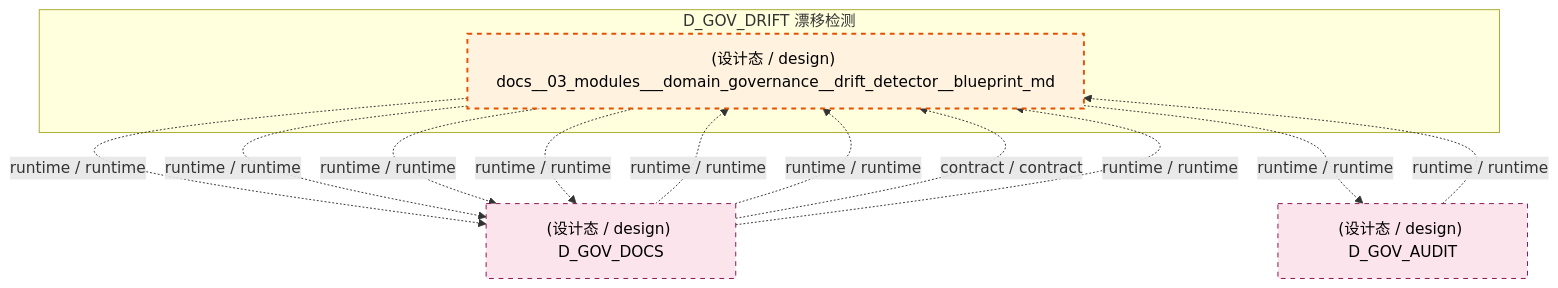
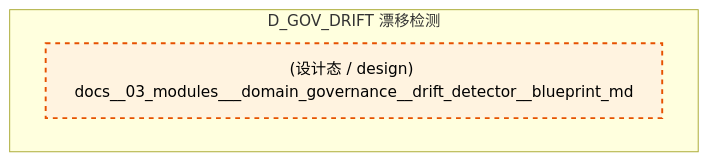
Before and after one commit to xuanFelixVan/ZephyrAlpha: the fifth of 6 diagrams in docs/02_enterprise_architecture/02_domain_architecture_docs/41_d_gov_drift.md, drawn with Mermaid. The commit also changed other lines of this file and 128 other files, not shown here.

````diff
--- a/docs/02_enterprise_architecture/02_domain_architecture_docs/41_d_gov_drift.md
+++ b/docs/02_enterprise_architecture/02_domain_architecture_docs/41_d_gov_drift.md
@@ -532,24 +543,11 @@
 ```mermaid
 graph TD
     subgraph D_GOV_DRIFT["D_GOV_DRIFT 漂移检测"]
         docs_03_modules_domain_governance_drift_detector_blueprint_md["(设计态 / design) docs__03_modules___domain_governance__drift_detector__blueprint_md"]
     end
-    D_GOV_DOCS["(设计态 / design) D_GOV_DOCS"]
-    docs_03_modules_domain_governance_drift_detector_blueprint_md -.->|runtime / runtime| D_GOV_DOCS
-    D_GOV_AUDIT["(设计态 / design) D_GOV_AUDIT"]
-    docs_03_modules_domain_governance_drift_detector_blueprint_md -.->|runtime / runtime| D_GOV_AUDIT
-    docs_03_modules_domain_governance_drift_detector_blueprint_md -.->|runtime / runtime| D_GOV_DOCS
-    docs_03_modules_domain_governance_drift_detector_blueprint_md -.->|runtime / runtime| D_GOV_DOCS
-    docs_03_modules_domain_governance_drift_detector_blueprint_md -.->|runtime / runtime| D_GOV_DOCS
-    D_GOV_AUDIT -.->|runtime / runtime| docs_03_modules_domain_governance_drift_detector_blueprint_md
-    D_GOV_DOCS -.->|runtime / runtime| docs_03_modules_domain_governance_drift_detector_blueprint_md
-    D_GOV_DOCS -.->|runtime / runtime| docs_03_modules_domain_governance_drift_detector_blueprint_md
-    D_GOV_DOCS -.->|contract / contract| docs_03_modules_domain_governance_drift_detector_blueprint_md
-    D_GOV_DOCS -.->|runtime / runtime| docs_03_modules_domain_governance_drift_detector_blueprint_md
     classDef production fill:#e1f5fe,stroke:#01579b,stroke-width:2px,color:#000
     classDef design fill:#fff3e0,stroke:#e65100,stroke-width:2px,color:#000,stroke-dasharray: 5 5
     classDef external_prod fill:#e8f5e9,stroke:#1b5e20,stroke-width:1px,color:#000
     classDef external_design fill:#fce4ec,stroke:#880e4f,stroke-width:1px,color:#000,stroke-dasharray: 5 5
     class docs_03_modules_domain_governance_drift_detector_blueprint_md design
-    class D_GOV_DOCS,D_GOV_AUDIT external_design
 ```
````
